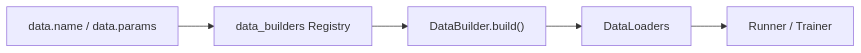
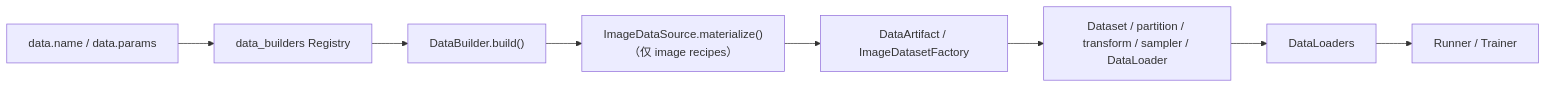
One commit to supermassiveasshole/stochaflow changed the diagram in docs/configuration/data-pipeline.md. Above: the diagram before and after it, drawn with Mermaid. The commit also changed other lines of this file and 53 other files, not shown here.

Commit message:
Add artifact-backed data sources

````diff
--- a/docs/configuration/data-pipeline.md
+++ b/docs/configuration/data-pipeline.md
@@ -6,7 +6,10 @@
 ```mermaid
 flowchart LR
     A["data.name / data.params"] --> B["data_builders Registry"]
     B --> C["DataBuilder.build()"]
-    C --> D["DataLoaders"]
-    D --> E["Runner / Trainer"]
+    C --> D["ImageDataSource.materialize()（仅 image recipes）"]
+    D --> E["DataArtifact / ImageDatasetFactory"]
+    E --> F["Dataset / partition / transform / sampler / DataLoader"]
+    F --> G["DataLoaders"]
+    G --> H["Runner / Trainer"]
 ```
````
